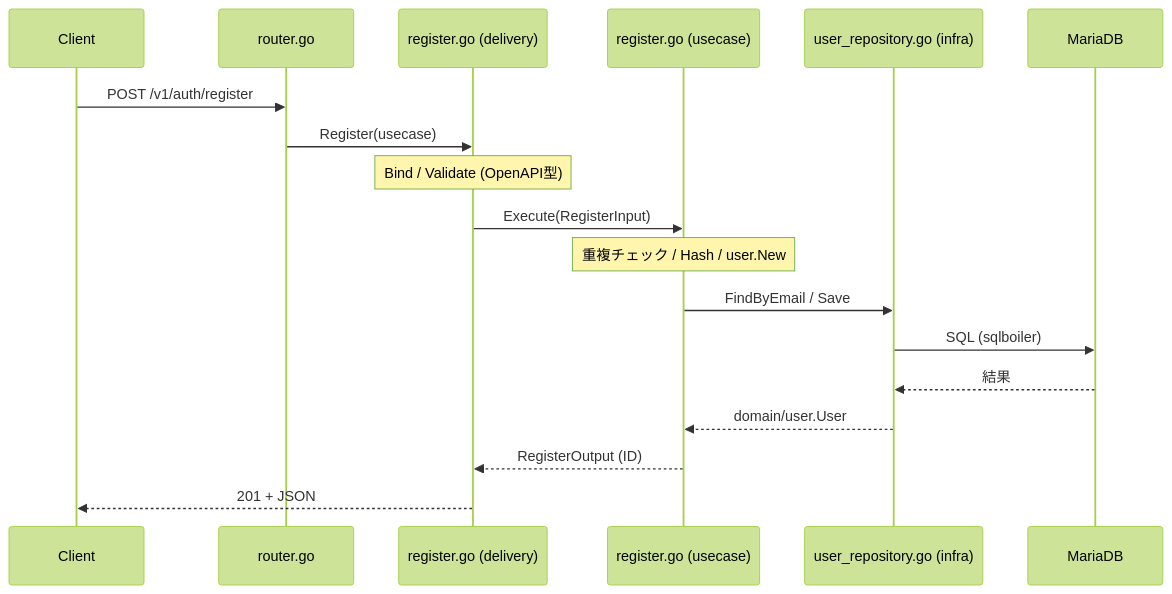
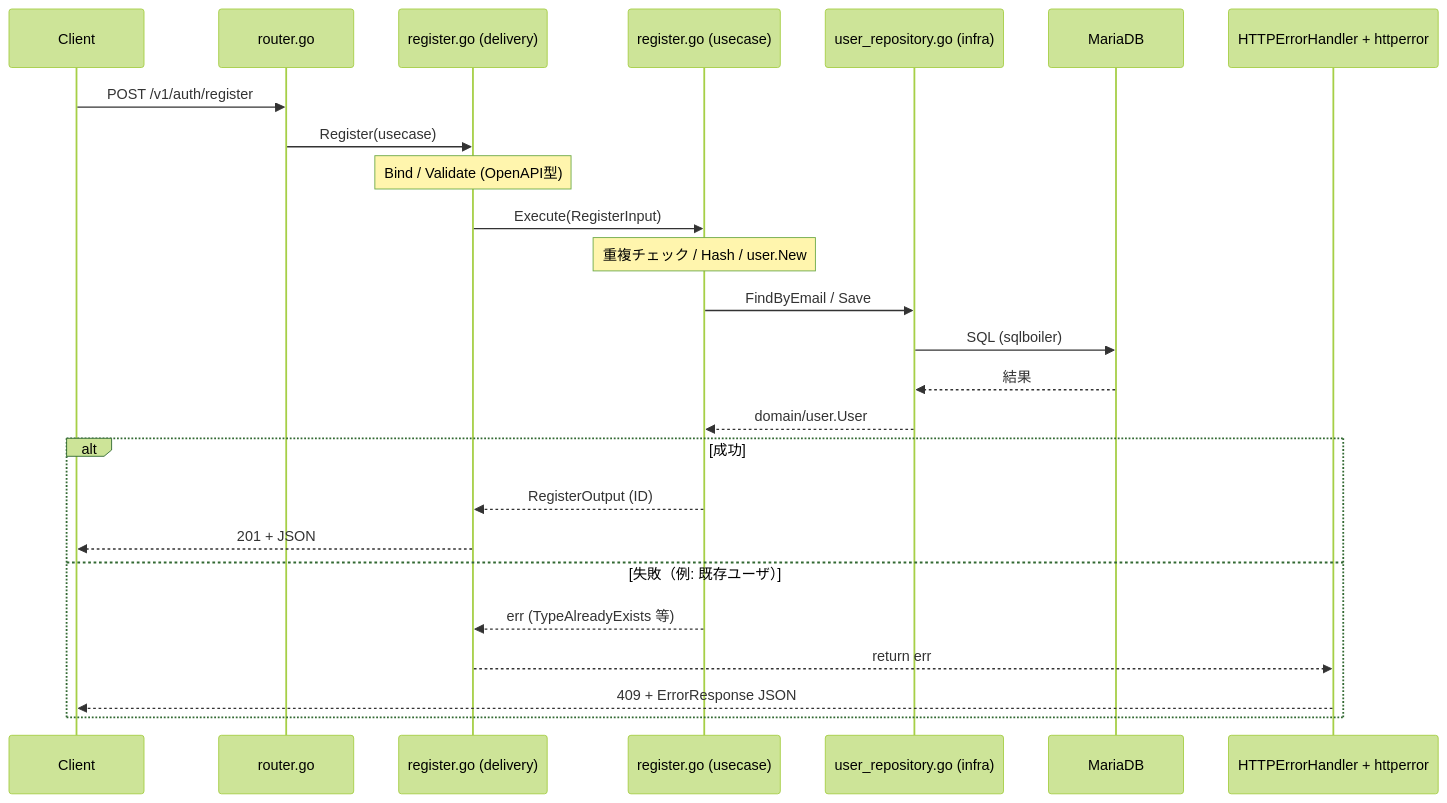
Before and after one commit to learning-microservice/go-clean-api: the diagram in docs/register-flow-5min.md, drawn with Mermaid (forest theme). The commit also changed other lines of this file and 28 other files, not shown here.

````diff
--- a/docs/register-flow-5min.md
+++ b/docs/register-flow-5min.md
@@ -28,21 +28,28 @@
 ```mermaid
 sequenceDiagram
     participant Client
     participant Router as router.go
     participant Handler as register.go (delivery)
     participant UC as register.go (usecase)
     participant Repo as user_repository.go (infra)
     participant DB as MariaDB
+    participant EH as HTTPErrorHandler + httperror
 
     Client->>Router: POST /v1/auth/register
     Router->>Handler: Register(usecase)
     Note over Handler: Bind / Validate (OpenAPI型)
     Handler->>UC: Execute(RegisterInput)
     Note over UC: 重複チェック / Hash / user.New
     UC->>Repo: FindByEmail / Save
     Repo->>DB: SQL (sqlboiler)
     DB-->>Repo: 結果
     Repo-->>UC: domain/user.User
-    UC-->>Handler: RegisterOutput (ID)
-    Handler-->>Client: 201 + JSON
+    alt 成功
+        UC-->>Handler: RegisterOutput (ID)
+        Handler-->>Client: 201 + JSON
+    else 失敗（例: 既存ユーザ）
+        UC-->>Handler: err (TypeAlreadyExists 等)
+        Handler-->>EH: return err
+        EH-->>Client: 409 + ErrorResponse JSON
+    end
 ```
````
